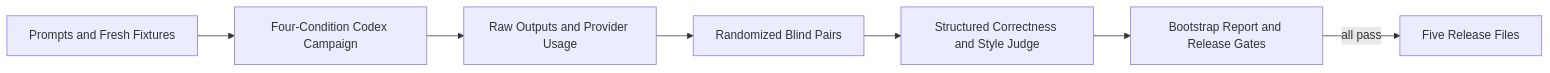
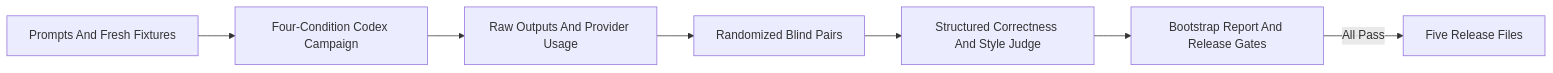
One commit to airscripts/toen changed the diagram in docs/benchmarks.md. Above: the diagram before and after it, drawn with Mermaid. The commit also changed 3 other files, not shown here.

Commit message:
docs: title case important diagram entries

````diff
--- a/docs/benchmarks.md
+++ b/docs/benchmarks.md
@@ -44,9 +44,9 @@
 ```mermaid
 flowchart LR
-    prompts[Prompts and Fresh Fixtures] --> run[Four-Condition Codex Campaign]
-    run --> raw[Raw Outputs and Provider Usage]
+    prompts[Prompts And Fresh Fixtures] --> run[Four-Condition Codex Campaign]
+    run --> raw[Raw Outputs And Provider Usage]
     raw --> blind[Randomized Blind Pairs]
-    blind --> judge[Structured Correctness and Style Judge]
-    judge --> report[Bootstrap Report and Release Gates]
-    report -->|all pass| package[Five Release Files]
+    blind --> judge[Structured Correctness And Style Judge]
+    judge --> report[Bootstrap Report And Release Gates]
+    report -->|All Pass| package[Five Release Files]
 ```
````
